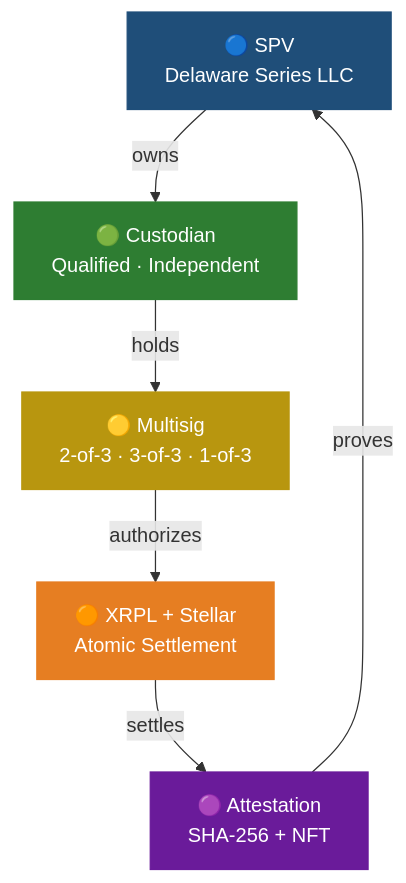
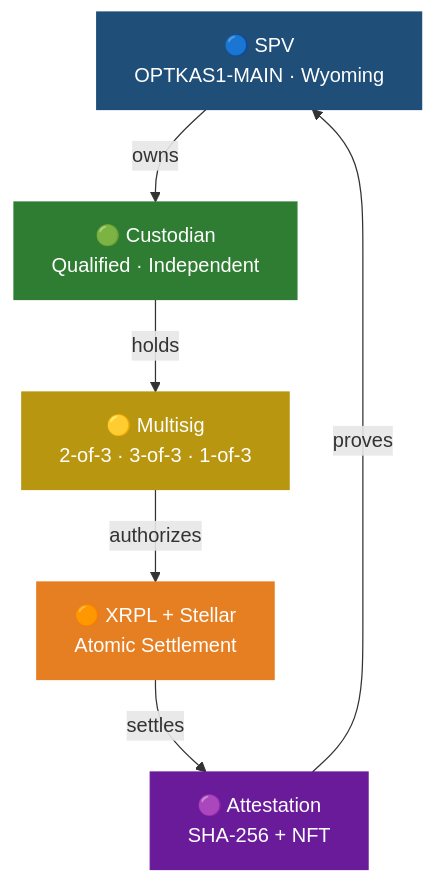
Before and after one commit to FTHTrading/optkas-manual: the fifth of 6 diagrams in README.md, drawn with Mermaid. The commit also changed other lines of this file and 11 other files, not shown here.

````diff
--- a/README.md
+++ b/README.md
@@ -368,20 +370,20 @@
 ```mermaid
 graph TB
-    SPV["🔵 SPV<br>Delaware Series LLC"]
+    SPV["🔵 SPV<br>OPTKAS1-MAIN · Wyoming"]
     CUST["🟢 Custodian<br>Qualified · Independent"]
     MSIG["🟡 Multisig<br>2-of-3 · 3-of-3 · 1-of-3"]
     XRPL["🟠 XRPL + Stellar<br>Atomic Settlement"]
     EVID["🟣 Attestation<br>SHA-256 + NFT"]
     
     SPV -->|"owns"| CUST
     CUST -->|"holds"| MSIG
     MSIG -->|"authorizes"| XRPL
     XRPL -->|"settles"| EVID
     EVID -->|"proves"| SPV
     
     style SPV fill:#1f4e79,stroke:#1f4e79,color:#fff
     style CUST fill:#2e7d32,stroke:#2e7d32,color:#fff
     style MSIG fill:#b8960f,stroke:#b8960f,color:#fff
     style XRPL fill:#e67e22,stroke:#e67e22,color:#fff
     style EVID fill:#6a1b9a,stroke:#6a1b9a,color:#fff
 ```
````
